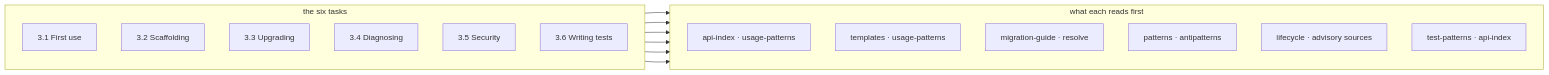
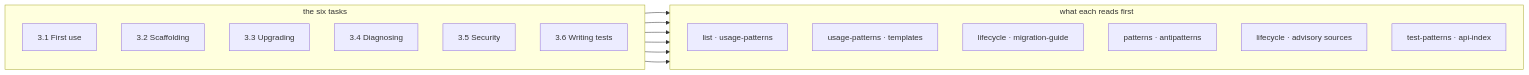
Before and after one commit to miri-whl/miri-standard: the second of 2 diagrams in standards/consumption/consumption-map.md, drawn with Mermaid. The commit also changed other lines of this file and 156 other files, not shown here.

````diff
--- a/standards/consumption/consumption-map.md
+++ b/standards/consumption/consumption-map.md
@@ -181,27 +171,27 @@
 ```mermaid
 flowchart LR
     subgraph T["the six tasks"]
         direction TB
         t1["3.1 First use"]
         t2["3.2 Scaffolding"]
         t3["3.3 Upgrading"]
         t4["3.4 Diagnosing"]
         t5["3.5 Security"]
         t6["3.6 Writing tests"]
     end
     subgraph D["what each reads first"]
         direction TB
-        d1["api-index · usage-patterns"]
-        d2["templates · usage-patterns"]
-        d3["migration-guide · resolve"]
+        d1["list · usage-patterns"]
+        d2["usage-patterns · templates"]
+        d3["lifecycle · migration-guide"]
         d4["patterns · antipatterns"]
         d5["lifecycle · advisory sources"]
         d6["test-patterns · api-index"]
     end
     t1 --> d1
     t2 --> d2
     t3 --> d3
     t4 --> d4
     t5 --> d5
     t6 --> d6
 ```
````
